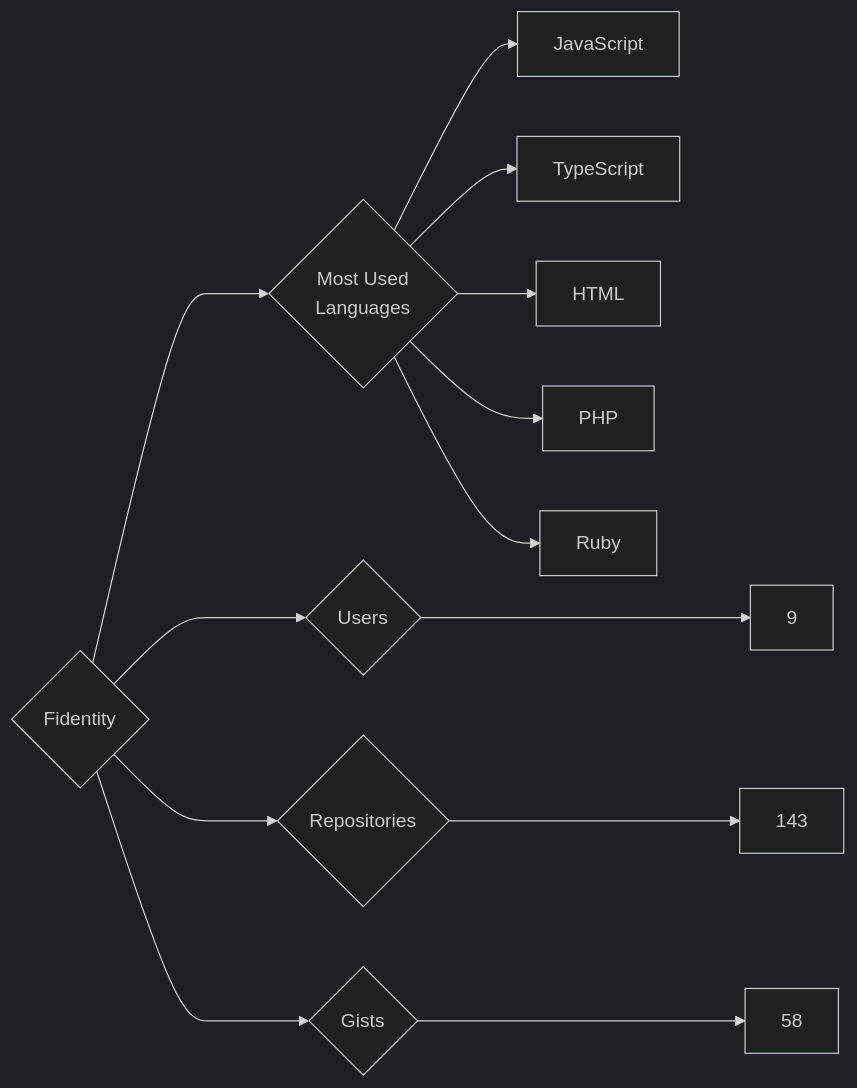
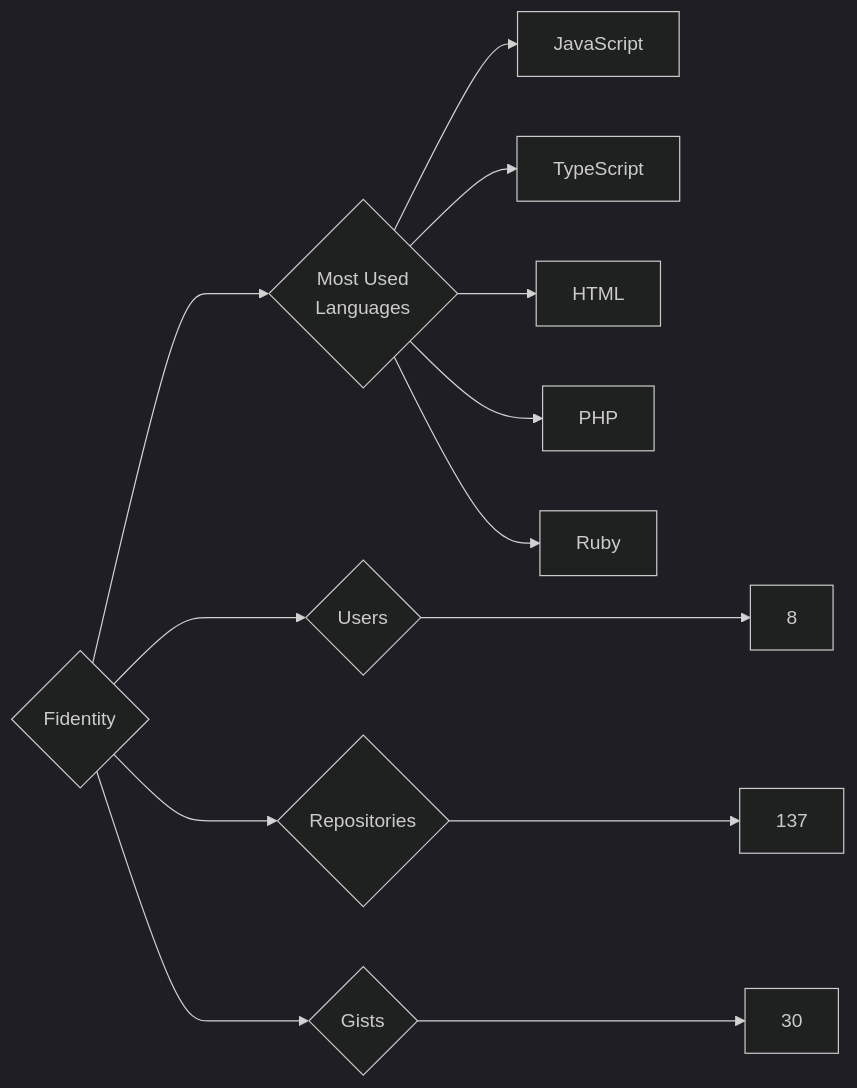
One commit to trickest/insiders changed the diagram in targets/Fidentity/README.md. Above: the diagram before and after it, drawn with Mermaid (dark theme). The commit also changed 933 other files, not shown here.

````diff
--- a/targets/Fidentity/README.md
+++ b/targets/Fidentity/README.md
@@ -3,13 +3,13 @@
 ```mermaid
 graph LR
 COMPANY_NAME{Fidentity}
-COMPANY_NAME ---> U{Users} ---> UN[9]
-COMPANY_NAME ---> R{Repositories} ---> RN[143]
-COMPANY_NAME ---> G{Gists} ---> GN[58]
+COMPANY_NAME ---> U{Users} ---> UN[8]
+COMPANY_NAME ---> R{Repositories} ---> RN[137]
+COMPANY_NAME ---> G{Gists} ---> GN[30]
 COMPANY_NAME ---> ML{Most Used<br>Languages}
 ML --> JavaScript[JavaScript]
 ML --> TypeScript[TypeScript]
 ML --> HTML[HTML]
 ML --> PHP[PHP]
 ML --> Ruby[Ruby]
 ```
````
